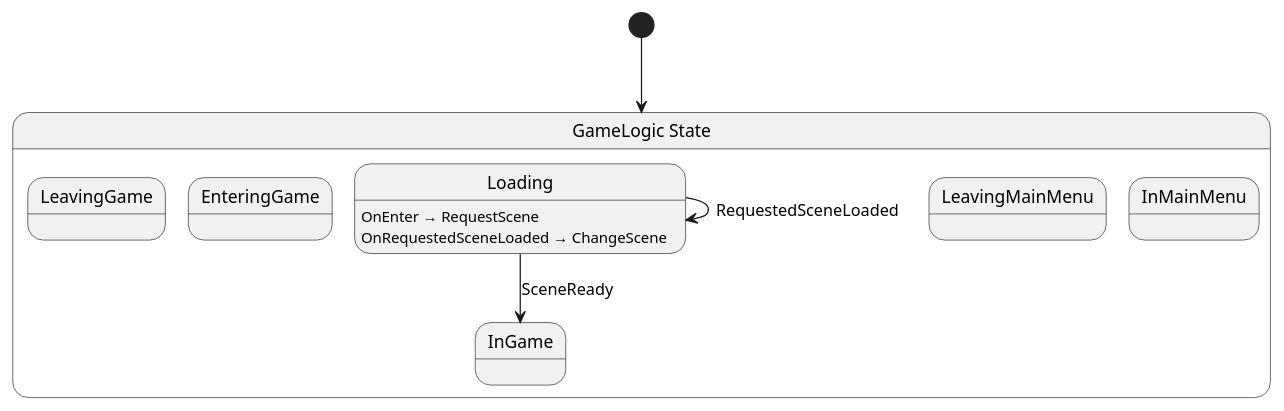
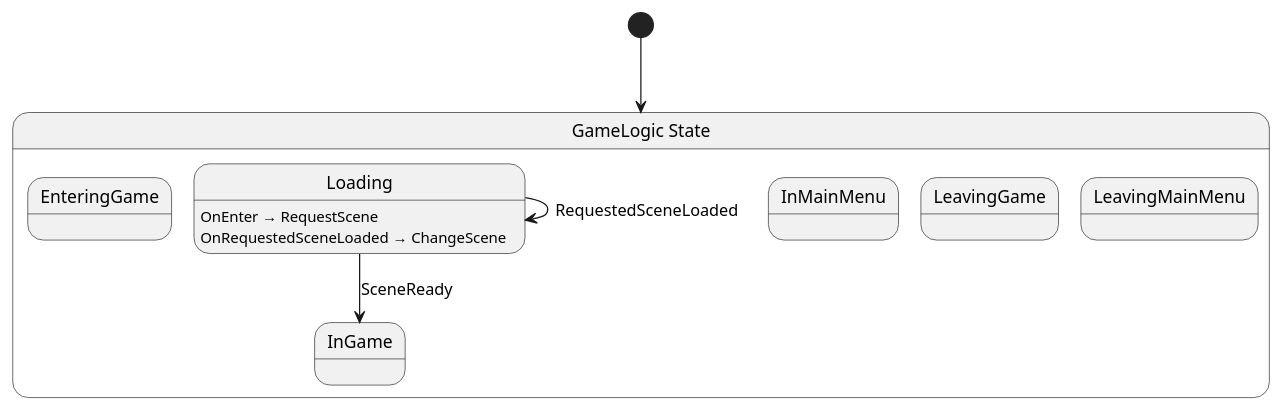
Before and after one commit to nilsiker/GodotPlayground: the diagram in src/game/state/GameLogic.g.puml, drawn with PlantUML. The commit also changed other lines of this file and 73 other files, not shown here.

```diff
--- a/src/game/state/GameLogic.g.puml
+++ b/src/game/state/GameLogic.g.puml
@@ -1,18 +1,18 @@
 @startuml GameLogic
 state "GameLogic State" as GodotPlayground_GameLogic_State {
-  state "LeavingGame" as GodotPlayground_GameLogic_State_LeavingGame
   state "EnteringGame" as GodotPlayground_GameLogic_State_EnteringGame
   state "InGame" as GodotPlayground_GameLogic_State_InGame
+  state "InMainMenu" as GodotPlayground_GameLogic_State_InMainMenu
+  state "LeavingGame" as GodotPlayground_GameLogic_State_LeavingGame
   state "LeavingMainMenu" as GodotPlayground_GameLogic_State_LeavingMainMenu
-  state "InMainMenu" as GodotPlayground_GameLogic_State_InMainMenu
   state "Loading" as GodotPlayground_GameLogic_State_Loading
 }
 
 GodotPlayground_GameLogic_State_Loading --> GodotPlayground_GameLogic_State_InGame : SceneReady
 GodotPlayground_GameLogic_State_Loading --> GodotPlayground_GameLogic_State_Loading : RequestedSceneLoaded
 
 GodotPlayground_GameLogic_State_Loading : OnEnter → RequestScene
 GodotPlayground_GameLogic_State_Loading : OnRequestedSceneLoaded → ChangeScene
 
 [*] --> GodotPlayground_GameLogic_State
 @enduml
```
